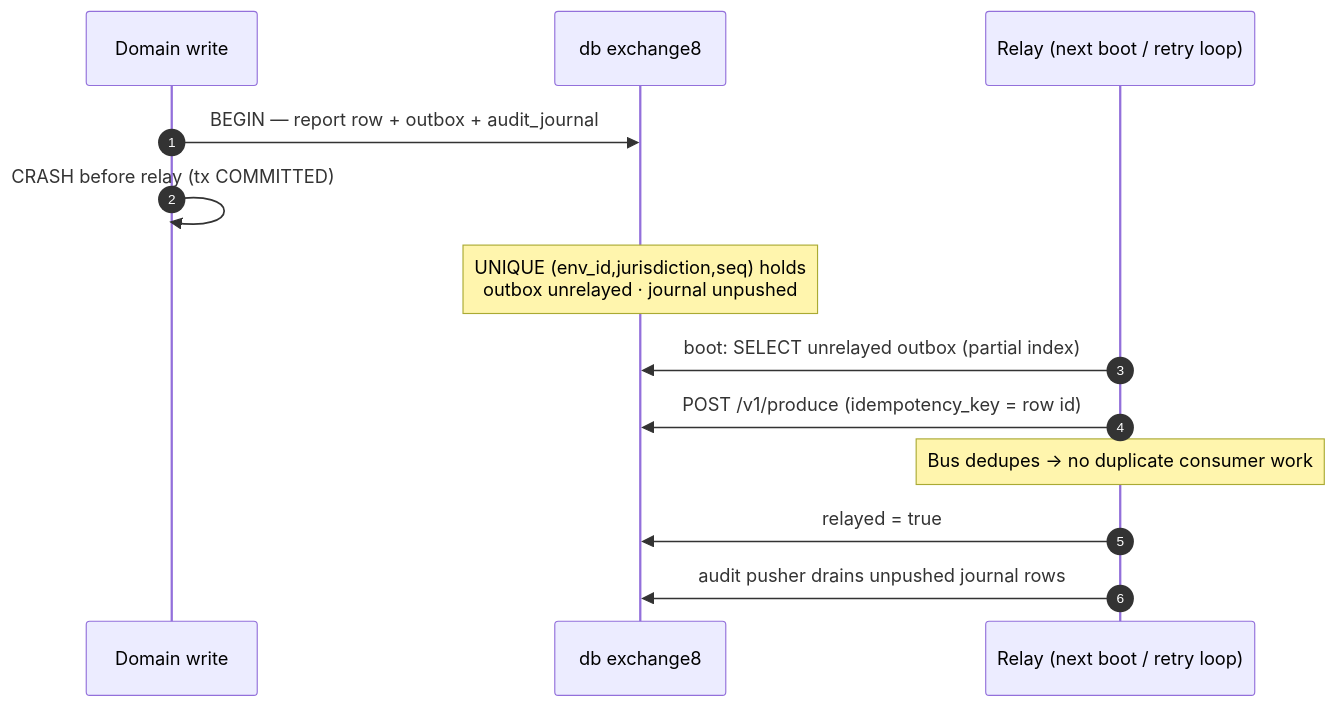
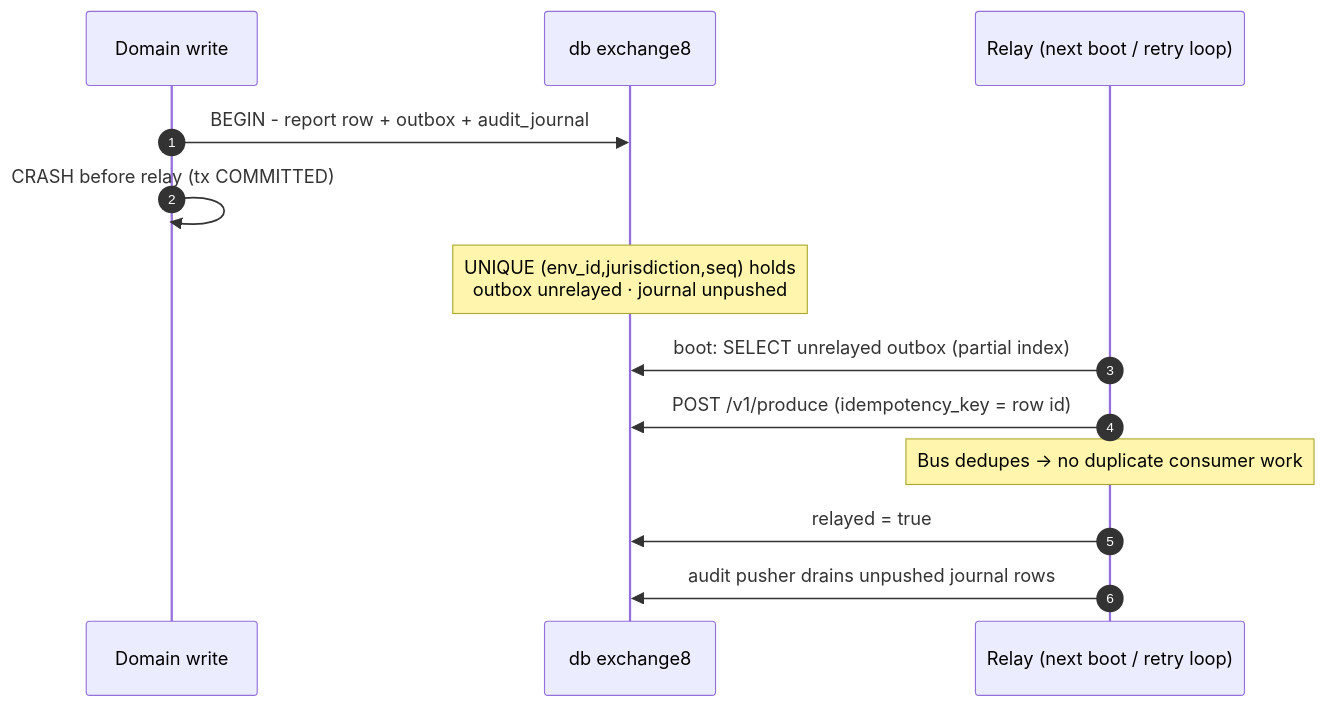
Before and after one commit to Exchange8-dev/exchange8-site: diagram 16 of 18 in docs/products/regulatory/design.md, drawn with Mermaid. The commit also changed other lines of this file and 72 other files, not shown here.

````diff
--- a/docs/products/regulatory/design.md
+++ b/docs/products/regulatory/design.md
@@ -562,16 +562,16 @@
 ```mermaid
 sequenceDiagram
     autonumber
     participant W as Domain write
     participant DB as db exchange8
     participant R as Relay (next boot / retry loop)
 
-    W->>DB: BEGIN — report row + outbox + audit_journal
+    W->>DB: BEGIN - report row + outbox + audit_journal
     W->>W: CRASH before relay (tx COMMITTED)
     Note over DB: UNIQUE (env_id,jurisdiction,seq) holds<br/>outbox unrelayed · journal unpushed
     R->>DB: boot: SELECT unrelayed outbox (partial index)
     R->>DB: POST /v1/produce (idempotency_key = row id)
     Note over R: Bus dedupes → no duplicate consumer work
     R->>DB: relayed = true
     R->>DB: audit pusher drains unpushed journal rows
 ```
````
